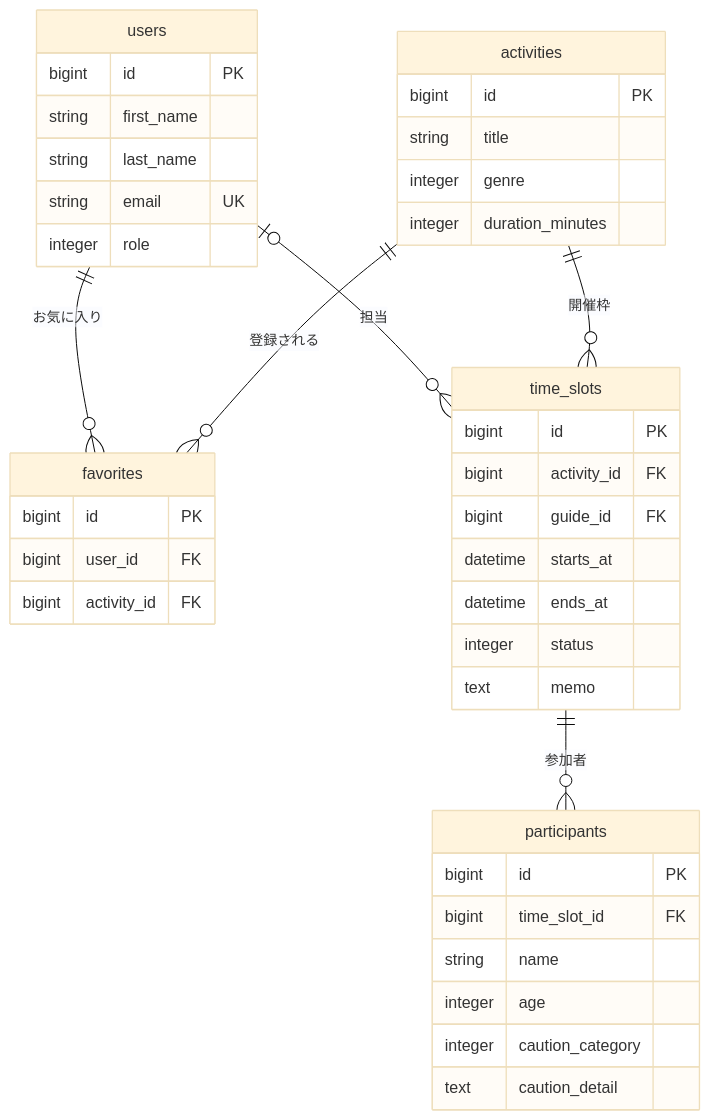
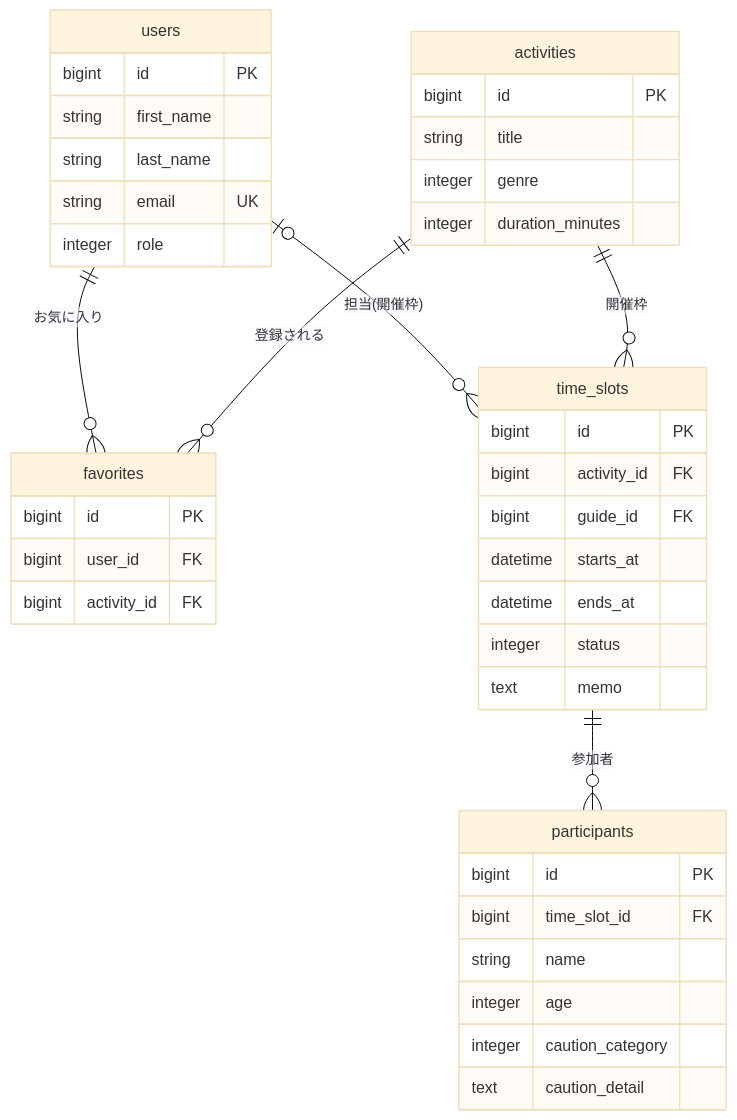
One commit to kame-888/activity_guidetool_app changed the second of 2 diagrams in README.md. Above: the diagram before and after it, drawn with Mermaid (base theme). The commit also changed other lines of this file and 5 other files, not shown here.

````diff
--- a/README.md
+++ b/README.md
@@ -89,44 +88,44 @@
 ```mermaid
 erDiagram
     users ||--o{ favorites : "お気に入り"
-    users |o--o{ time_slots : "担当"
+    users |o--o{ time_slots : "担当(開催枠)"
     activities ||--o{ favorites : "登録される"
     activities ||--o{ time_slots : "開催枠"
     time_slots ||--o{ participants : "参加者"
 
     users {
         bigint id PK
         string first_name
         string last_name
         string email UK
         integer role
     }
     activities {
         bigint id PK
         string title
         integer genre
         integer duration_minutes
     }
     time_slots {
         bigint id PK
         bigint activity_id FK
         bigint guide_id FK
         datetime starts_at
         datetime ends_at
         integer status
         text memo
     }
     participants {
         bigint id PK
         bigint time_slot_id FK
         string name
         integer age
         integer caution_category
         text caution_detail
     }
     favorites {
         bigint id PK
         bigint user_id FK
         bigint activity_id FK
     }
 ```
````
